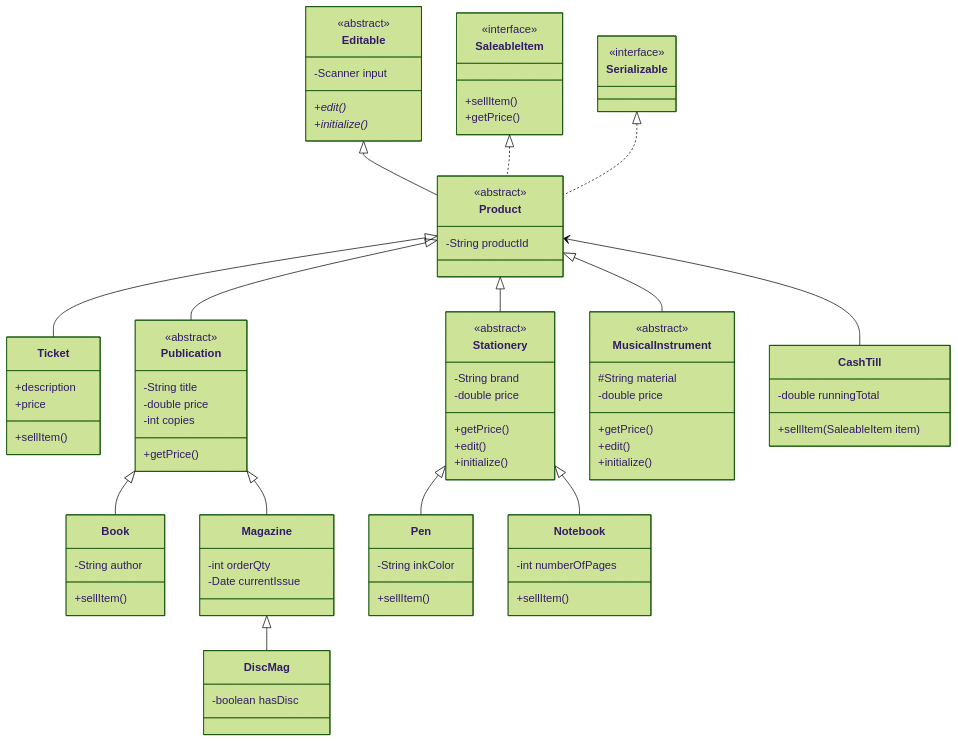
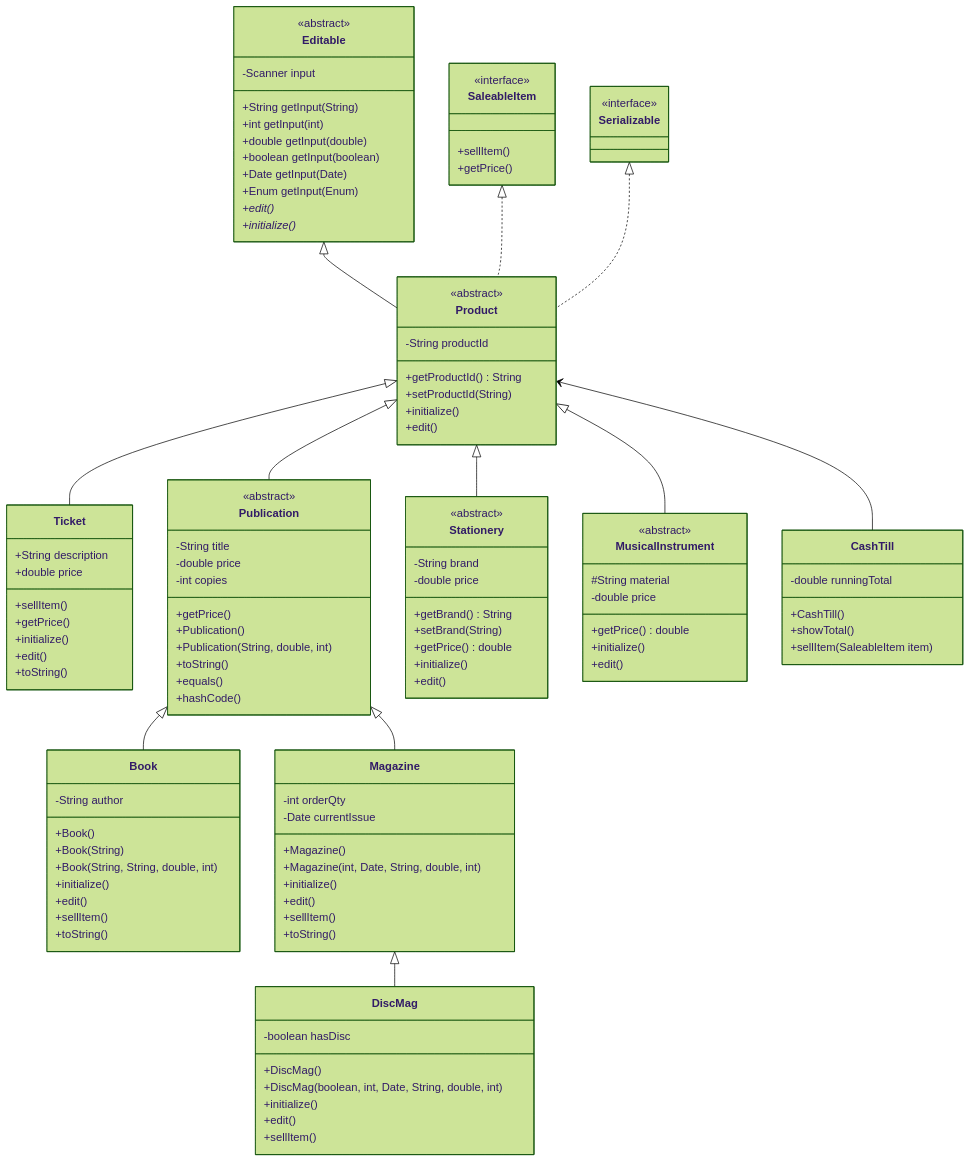
Before and after one commit to urgen-lama/bookstore-2025-12-04-UrgenLama: the diagram in documentation/folder/lab1.mmd, drawn with Mermaid (forest theme). The commit also changed 10 other files, not shown here.

```diff
--- a/documentation/folder/lab1.mmd
+++ b/documentation/folder/lab1.mmd
@@ -1,104 +1,126 @@
 classDiagram
-%% Core Hierarchy
+%% Relationships
     Editable <|-- Product
     Product <|-- Ticket
     Product <|-- Publication
     Product <|-- Stationery
     Product <|-- MusicalInstrument
-
-%% Publication Sub-hierarchy
     Publication <|-- Book
     Publication <|-- Magazine
     Magazine <|-- DiscMag
-
-%% Stationery Sub-hierarchy
-    Stationery <|-- Pen
-    Stationery <|-- Notebook
-
-%% Interfaces and Associations
     SaleableItem <|.. Product
     Serializable <|.. Product
     Product <-- CashTill
 
-    class Product{
-        <<abstract>>
-        -String productId
-    }
-
-    class Editable{
+    class Editable {
         <<abstract>>
         -Scanner input
+        +String getInput(String)
+        +int getInput(int)
+        +double getInput(double)
+        +boolean getInput(boolean)
+        +Date getInput(Date)
+        +Enum getInput(Enum)
         +edit()*
         +initialize()*
     }
 
-    class Ticket{
-        +description
-        +price
-        +sellItem()
-    }
-
-    class Publication{
+    class Product {
         <<abstract>>
-        -String title
-        -double price
-        -int copies
-        +getPrice()
-    }
-
-    class Book{
-        -String author
-        +sellItem()
-    }
-
-    class Magazine{
-        -int orderQty
-        -Date currentIssue
-    }
-
-    class DiscMag{
-        -boolean hasDisc
-    }
-
-    class Stationery{
-        <<abstract>>
-        -String brand
-        -double price
-        +getPrice()
+        -String productId
+        +getProductId() String
+        +setProductId(String)
+        +initialize()
         +edit()
-        +initialize()
-    }
-
-    class Pen{
-        -String inkColor
-        +sellItem()
-    }
-
-    class Notebook{
-        -int numberOfPages
-        +sellItem()
-    }
-
-    class MusicalInstrument{
-        <<abstract>>
-        #String material
-        -double price
-        +getPrice()
-        +edit()
-        +initialize()
-    }
-
-    class CashTill{
-        -double runningTotal
-        +sellItem(SaleableItem item)
     }
 
     class SaleableItem {
         <<interface>>
         +sellItem()
         +getPrice()
     }
 
     class Serializable {
         <<interface>>
     }
+
+    class Ticket {
+        +String description
+        +double price
+        +sellItem()
+        +getPrice()
+        +initialize()
+        +edit()
+        +toString()
+    }
+
+    class Publication {
+        <<abstract>>
+        -String title
+        -double price
+        -int copies
+        +getPrice()
+        +Publication()
+        +Publication(String, double, int)
+        +toString()
+        +equals()
+        +hashCode()
+    }
+
+    class Book {
+        -String author
+        +Book()
+        +Book(String)
+        +Book(String, String, double, int)
+        +initialize()
+        +edit()
+        +sellItem()
+        +toString()
+    }
+
+    class Magazine {
+        -int orderQty
+        -Date currentIssue
+        +Magazine()
+        +Magazine(int, Date, String, double, int)
+        +initialize()
+        +edit()
+        +sellItem()
+        +toString()
+    }
+
+    class DiscMag {
+        -boolean hasDisc
+        +DiscMag()
+        +DiscMag(boolean, int, Date, String, double, int)
+        +initialize()
+        +edit()
+        +sellItem()
+    }
+
+    class Stationery {
+        <<abstract>>
+        -String brand
+        -double price
+        +getBrand() String
+        +setBrand(String)
+        +getPrice() double
+        +initialize()
+        +edit()
+    }
+
+    class MusicalInstrument {
+        <<abstract>>
+        #String material
+        -double price
+        +getPrice() double
+        +initialize()
+        +edit()
+    }
+
+    class CashTill {
+        -double runningTotal
+        +CashTill()
+        +showTotal()
+        +sellItem(SaleableItem item)
+    }
```
